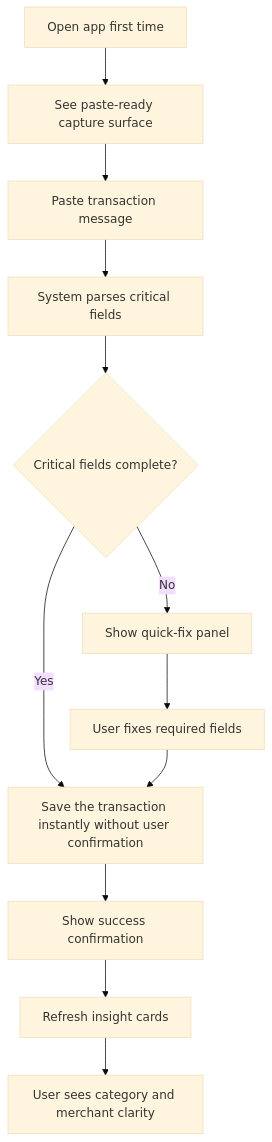
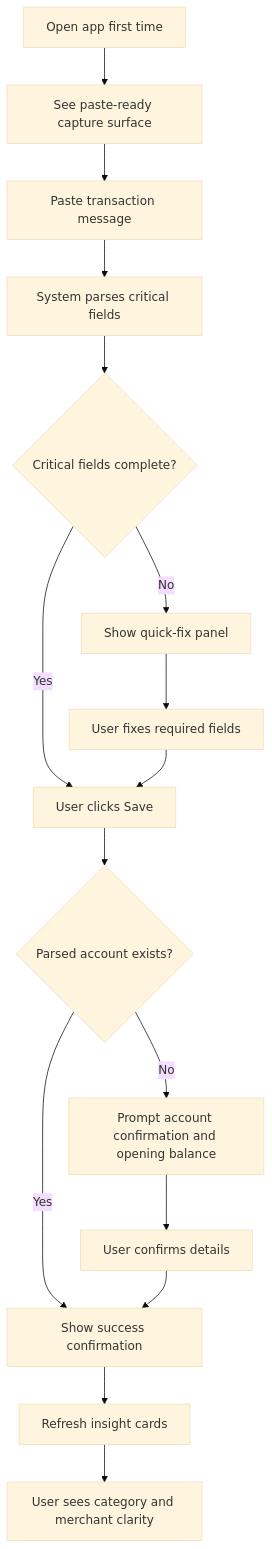
Before and after one commit to kedargokhale/learnToBmad: the first of 3 diagrams in _bmad-output/planning-artifacts/ux-design-specification.md, drawn with Mermaid (base theme). The commit also changed other lines of this file and 5 other files, not shown here.

````diff
--- a/_bmad-output/planning-artifacts/ux-design-specification.md
+++ b/_bmad-output/planning-artifacts/ux-design-specification.md
@@ -391,14 +391,18 @@
 ```mermaid
 flowchart TD
   A[Open app first time] --> B[See paste-ready capture surface]
   B --> C[Paste transaction message]
   C --> D[System parses critical fields]
   D --> E{Critical fields complete?}
-  E -- Yes --> F[Save the transaction instantly without user confirmation]
-  F --> G[Show success confirmation]
+  E -- Yes --> F[User clicks Save]
+  F --> J{Parsed account exists?}
+  J -- Yes --> G[Show success confirmation]
+  J -- No --> M[Prompt account confirmation and opening balance]
+  M --> N[User confirms details]
+  N --> G
   G --> H[Refresh insight cards]
   H --> I[User sees category and merchant clarity]
   E -- No --> K[Show quick-fix panel]
   K --> L[User fixes required fields]
   L --> F
 ```
````
